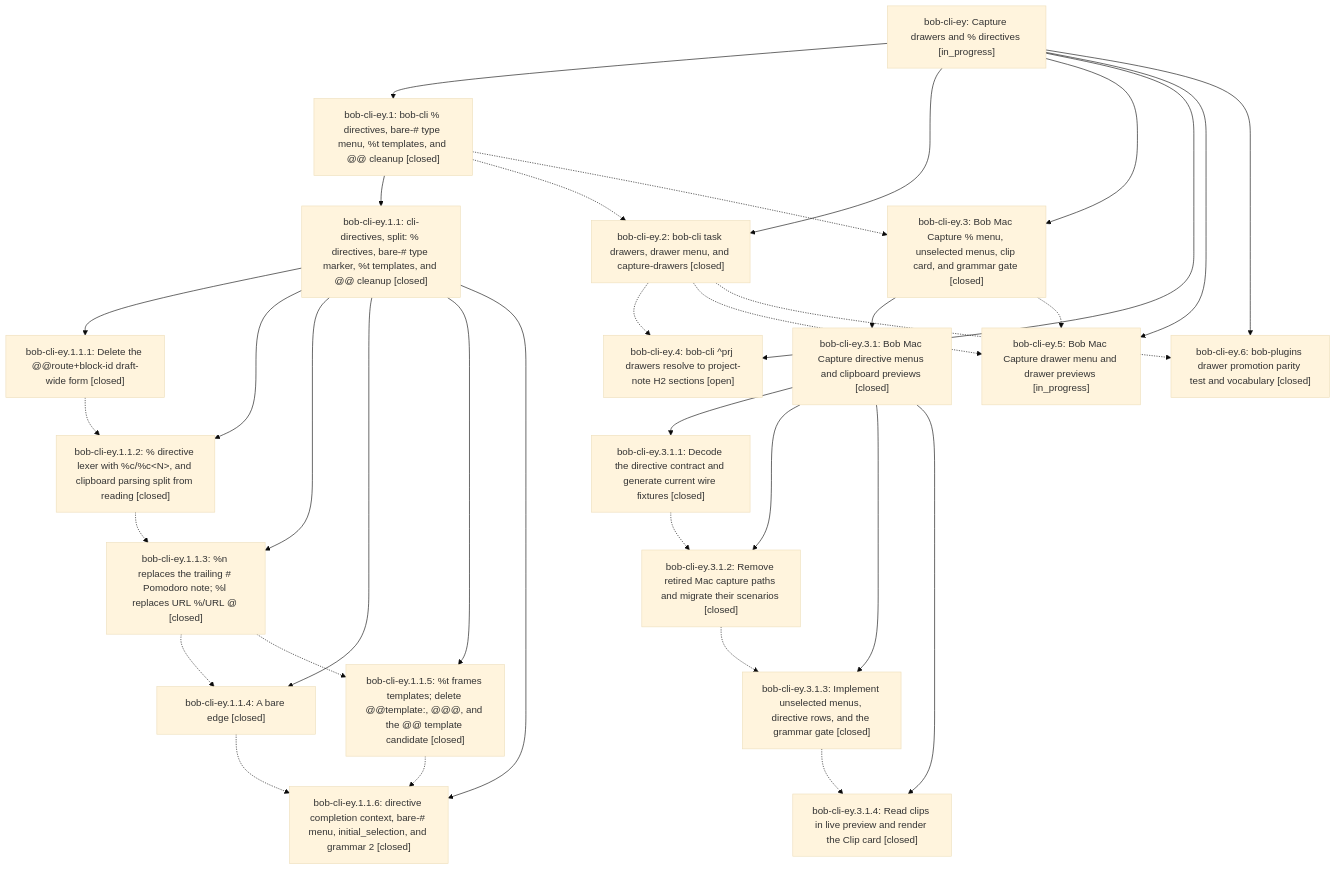
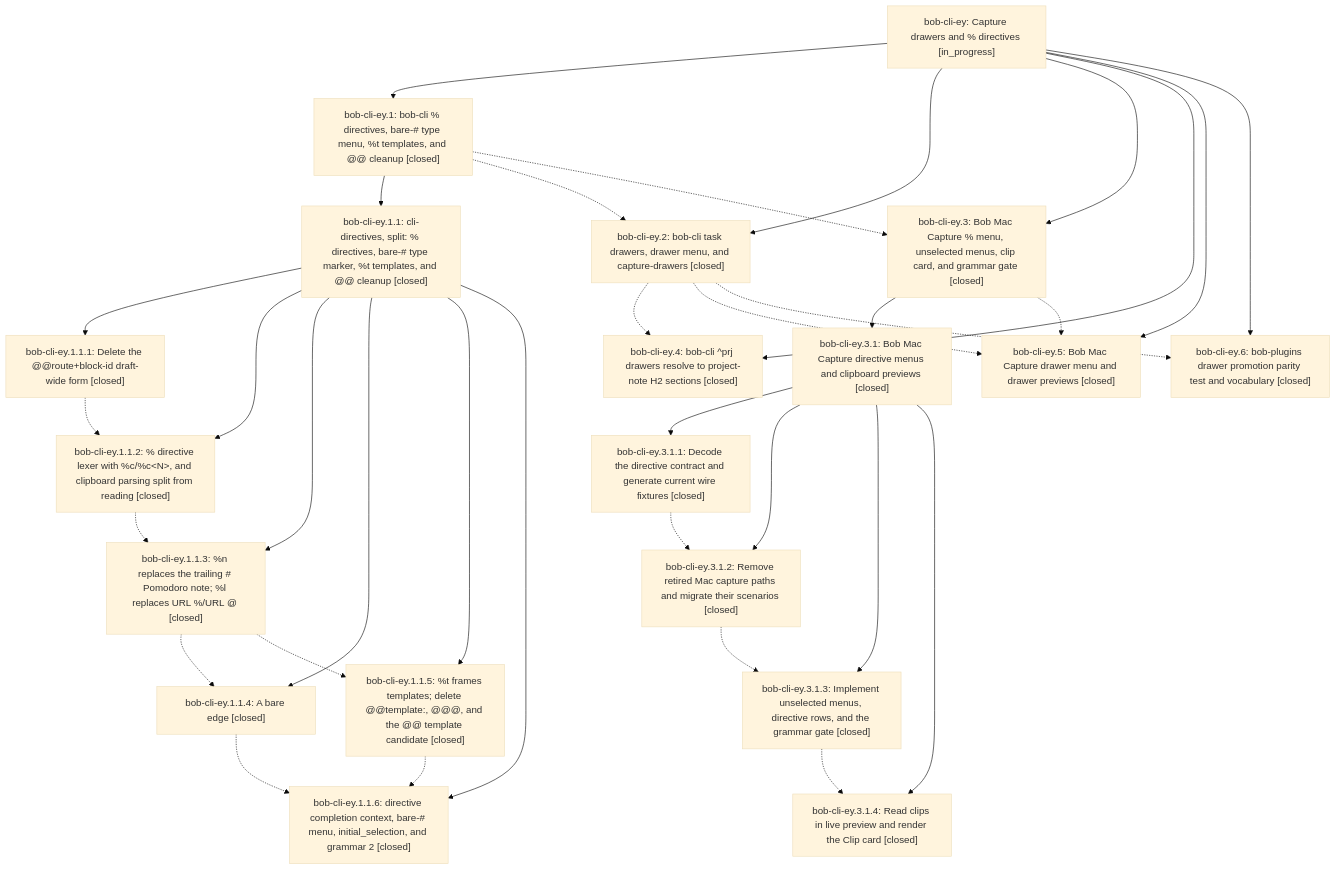
The diagram in pages/bob-cli-ey/README.md (bobs-org/bob-cli--beads), drawn with Mermaid (base theme) before and after one commit. The commit also changed other lines of this file and 10 other files, not shown here.

First line of the commit message:
chore(beads): sync bead state and pages for bob-cli-ey

````diff
--- a/pages/bob-cli-ey/README.md
+++ b/pages/bob-cli-ey/README.md
@@ -43,55 +45,55 @@
 ```mermaid
 flowchart TD
     n0["bob-cli-ey: Capture drawers and % directives [in_progress]"]
     n1["bob-cli-ey.1: bob-cli % directives, bare-# type menu, %t templates, and @@ cleanup [closed]"]
     n2["bob-cli-ey.1.1: cli-directives, split: % directives, bare-# type marker, %t templates, and @@ cleanup [closed]"]
     n3["bob-cli-ey.1.1.1: Delete the @@route+block-id draft-wide form [closed]"]
     n4["bob-cli-ey.1.1.2: % directive lexer with %c/%c&lt;N&gt;, and clipboard parsing split from reading [closed]"]
     n5["bob-cli-ey.1.1.3: %n replaces the trailing # Pomodoro note; %l replaces URL %/URL @ [closed]"]
     n6["bob-cli-ey.1.1.4: A bare edge [closed]"]
     n7["bob-cli-ey.1.1.5: %t frames templates; delete @@template:, @@@, and the @@ template candidate [closed]"]
     n8["bob-cli-ey.1.1.6: directive completion context, bare-# menu, initial_selection, and grammar 2 [closed]"]
     n9["bob-cli-ey.2: bob-cli task drawers, drawer menu, and capture-drawers [closed]"]
     n10["bob-cli-ey.3: Bob Mac Capture % menu, unselected menus, clip card, and grammar gate [closed]"]
     n11["bob-cli-ey.3.1: Bob Mac Capture directive menus and clipboard previews [closed]"]
     n12["bob-cli-ey.3.1.1: Decode the directive contract and generate current wire fixtures [closed]"]
     n13["bob-cli-ey.3.1.2: Remove retired Mac capture paths and migrate their scenarios [closed]"]
     n14["bob-cli-ey.3.1.3: Implement unselected menus, directive rows, and the grammar gate [closed]"]
     n15["bob-cli-ey.3.1.4: Read clips in live preview and render the Clip card [closed]"]
-    n16["bob-cli-ey.4: bob-cli ^prj drawers resolve to project-note H2 sections [open]"]
-    n17["bob-cli-ey.5: Bob Mac Capture drawer menu and drawer previews [in_progress]"]
+    n16["bob-cli-ey.4: bob-cli ^prj drawers resolve to project-note H2 sections [closed]"]
+    n17["bob-cli-ey.5: Bob Mac Capture drawer menu and drawer previews [closed]"]
     n18["bob-cli-ey.6: bob-plugins drawer promotion parity test and vocabulary [closed]"]
     n0 --> n1
     n1 --> n2
     n2 --> n3
     n2 --> n4
     n2 --> n5
     n2 --> n6
     n2 --> n7
     n2 --> n8
     n0 --> n9
     n0 --> n10
     n10 --> n11
     n11 --> n12
     n11 --> n13
     n11 --> n14
     n11 --> n15
     n0 --> n16
     n0 --> n17
     n0 --> n18
     n1 -.-> n9
     n1 -.-> n10
     n3 -.-> n4
     n4 -.-> n5
     n5 -.-> n6
     n5 -.-> n7
     n6 -.-> n8
     n7 -.-> n8
     n9 -.-> n16
     n9 -.-> n17
     n9 -.-> n18
     n10 -.-> n17
     n12 -.-> n13
     n13 -.-> n14
     n14 -.-> n15
 ```
````
